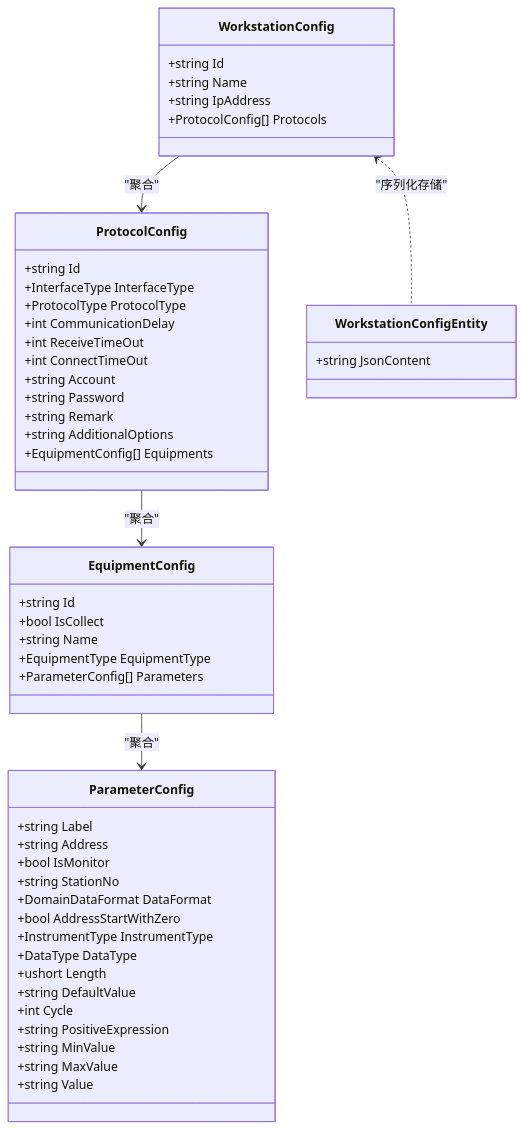
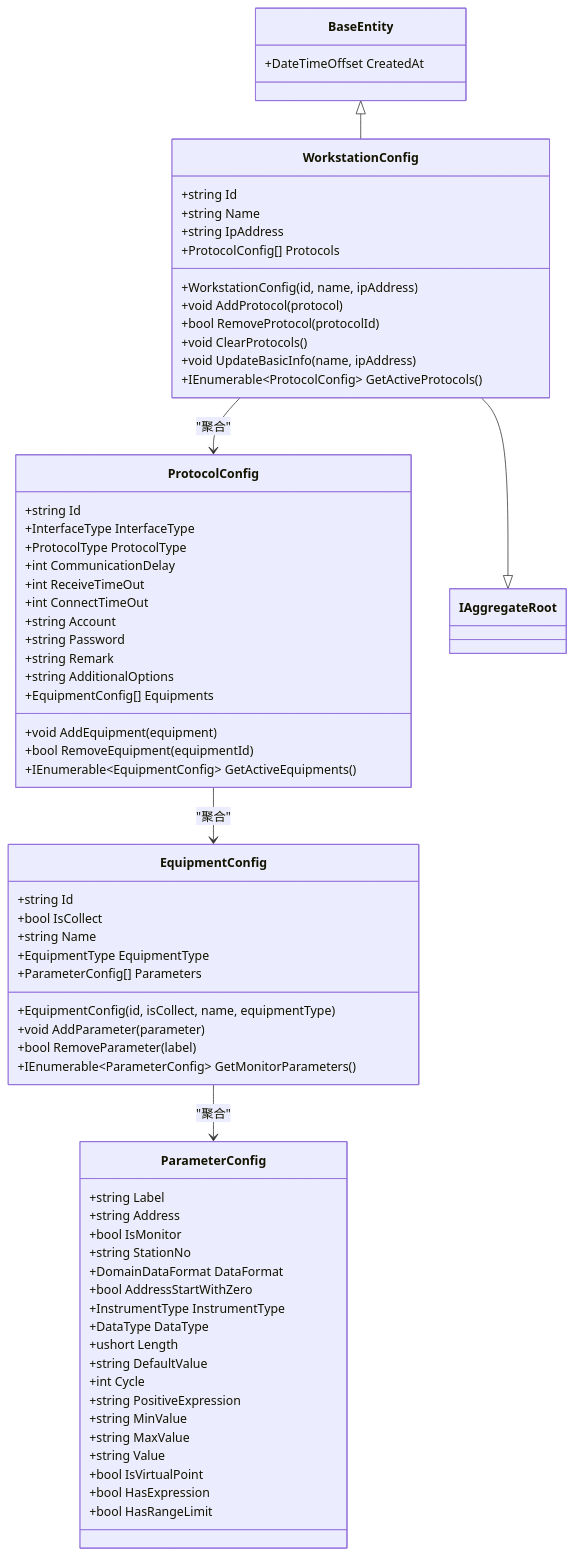
Before and after one commit to whitemousetl/IndustrialDataSolution: the second of 5 diagrams in .qoder/repowiki/zh/content/领域模型设计/工作站配置模型.md, drawn with Mermaid. The commit also changed other lines of this file and 18 other files, not shown here.

````diff
--- a/.qoder/repowiki/zh/content/领域模型设计/工作站配置模型.md
+++ b/.qoder/repowiki/zh/content/领域模型设计/工作站配置模型.md
@@ -109,53 +131,71 @@
 ```mermaid
 classDiagram
 class WorkstationConfig {
 +string Id
 +string Name
 +string IpAddress
 +ProtocolConfig[] Protocols
++WorkstationConfig(id, name, ipAddress)
++void AddProtocol(protocol)
++bool RemoveProtocol(protocolId)
++void ClearProtocols()
++void UpdateBasicInfo(name, ipAddress)
++IEnumerable~ProtocolConfig~ GetActiveProtocols()
 }
 class ProtocolConfig {
 +string Id
 +InterfaceType InterfaceType
 +ProtocolType ProtocolType
 +int CommunicationDelay
 +int ReceiveTimeOut
 +int ConnectTimeOut
 +string Account
 +string Password
 +string Remark
 +string AdditionalOptions
 +EquipmentConfig[] Equipments
++void AddEquipment(equipment)
++bool RemoveEquipment(equipmentId)
++IEnumerable~EquipmentConfig~ GetActiveEquipments()
 }
 class EquipmentConfig {
 +string Id
 +bool IsCollect
 +string Name
 +EquipmentType EquipmentType
 +ParameterConfig[] Parameters
++EquipmentConfig(id, isCollect, name, equipmentType)
++void AddParameter(parameter)
++bool RemoveParameter(label)
++IEnumerable~ParameterConfig~ GetMonitorParameters()
 }
 class ParameterConfig {
 +string Label
 +string Address
 +bool IsMonitor
 +string StationNo
 +DomainDataFormat DataFormat
 +bool AddressStartWithZero
 +InstrumentType InstrumentType
 +DataType DataType
 +ushort Length
 +string DefaultValue
 +int Cycle
 +string PositiveExpression
 +string MinValue
 +string MaxValue
 +string Value
++bool IsVirtualPoint
++bool HasExpression
++bool HasRangeLimit
 }
-class WorkstationConfigEntity {
-+string JsonContent
+class BaseEntity {
++DateTimeOffset CreatedAt
 }
+class IAggregateRoot
+WorkstationConfig --|> IAggregateRoot
 WorkstationConfig --> ProtocolConfig : "聚合"
 ProtocolConfig --> EquipmentConfig : "聚合"
 EquipmentConfig --> ParameterConfig : "聚合"
-WorkstationConfig <.. WorkstationConfigEntity : "序列化存储"
+BaseEntity <|-- WorkstationConfig
 ```
````
